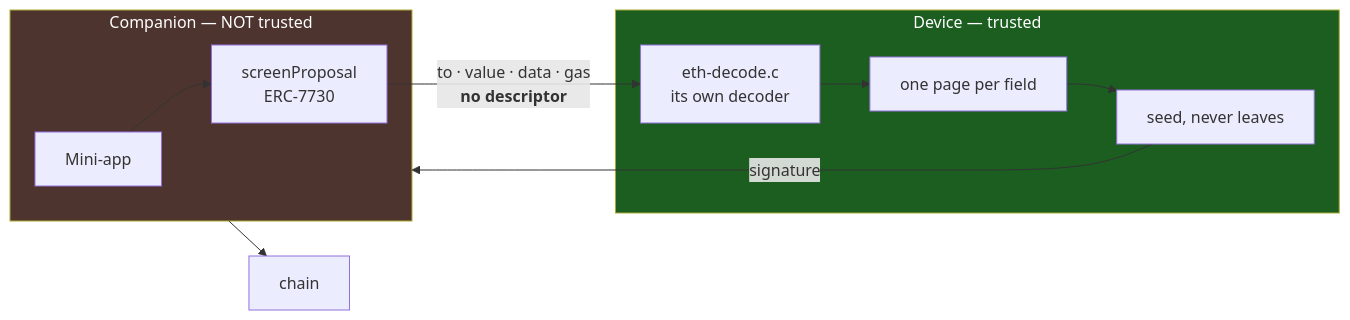
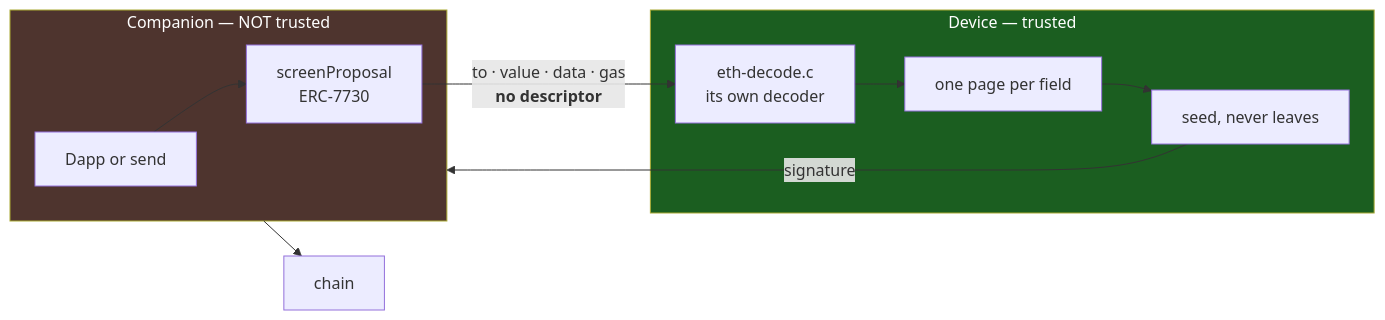
Before and after one commit to 0xOucan/LeekWallet: the diagram in README.md, drawn with Mermaid. The commit also changed other lines of this file, not shown here.

````diff
--- a/README.md
+++ b/README.md
@@ -31,13 +31,13 @@
 ```mermaid
 flowchart LR
     subgraph HOST["Companion — NOT trusted"]
-        APP["Mini-app"] --> SCREEN["screenProposal<br/>ERC-7730"]
+        APP["Dapp or send"] --> SCREEN["screenProposal<br/>ERC-7730"]
     end
     subgraph DEV["Device — trusted"]
         DEC["eth-decode.c<br/>its own decoder"] --> PAGES["one page per field"] --> KEY["seed, never leaves"]
     end
     SCREEN -->|"to · value · data · gas<br/><b>no descriptor</b>"| DEC
     KEY -->|"signature"| HOST --> CHAIN["chain"]
     style DEV fill:#1b5e20,color:#fff
     style HOST fill:#4e342e,color:#fff
 ```
````
